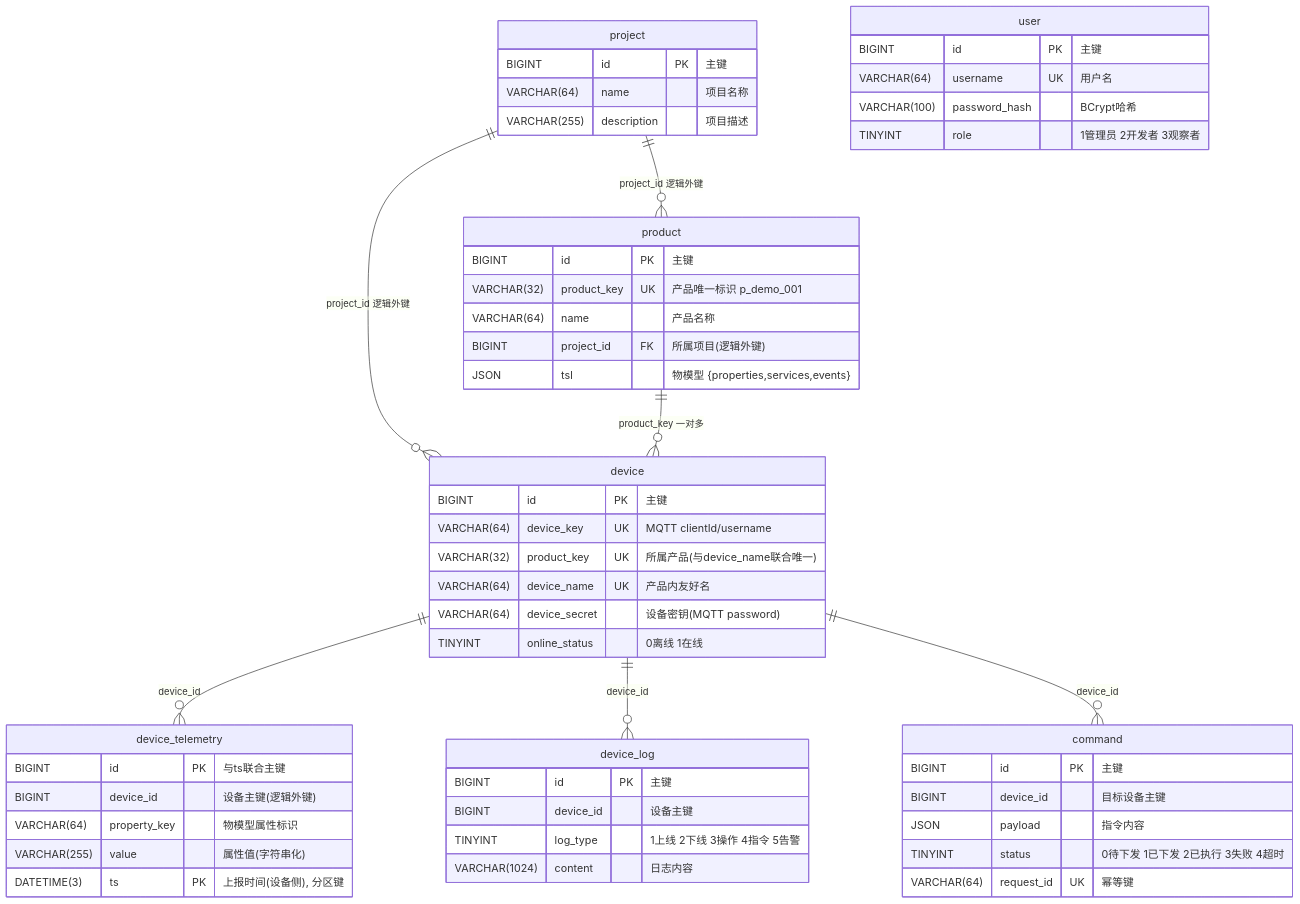
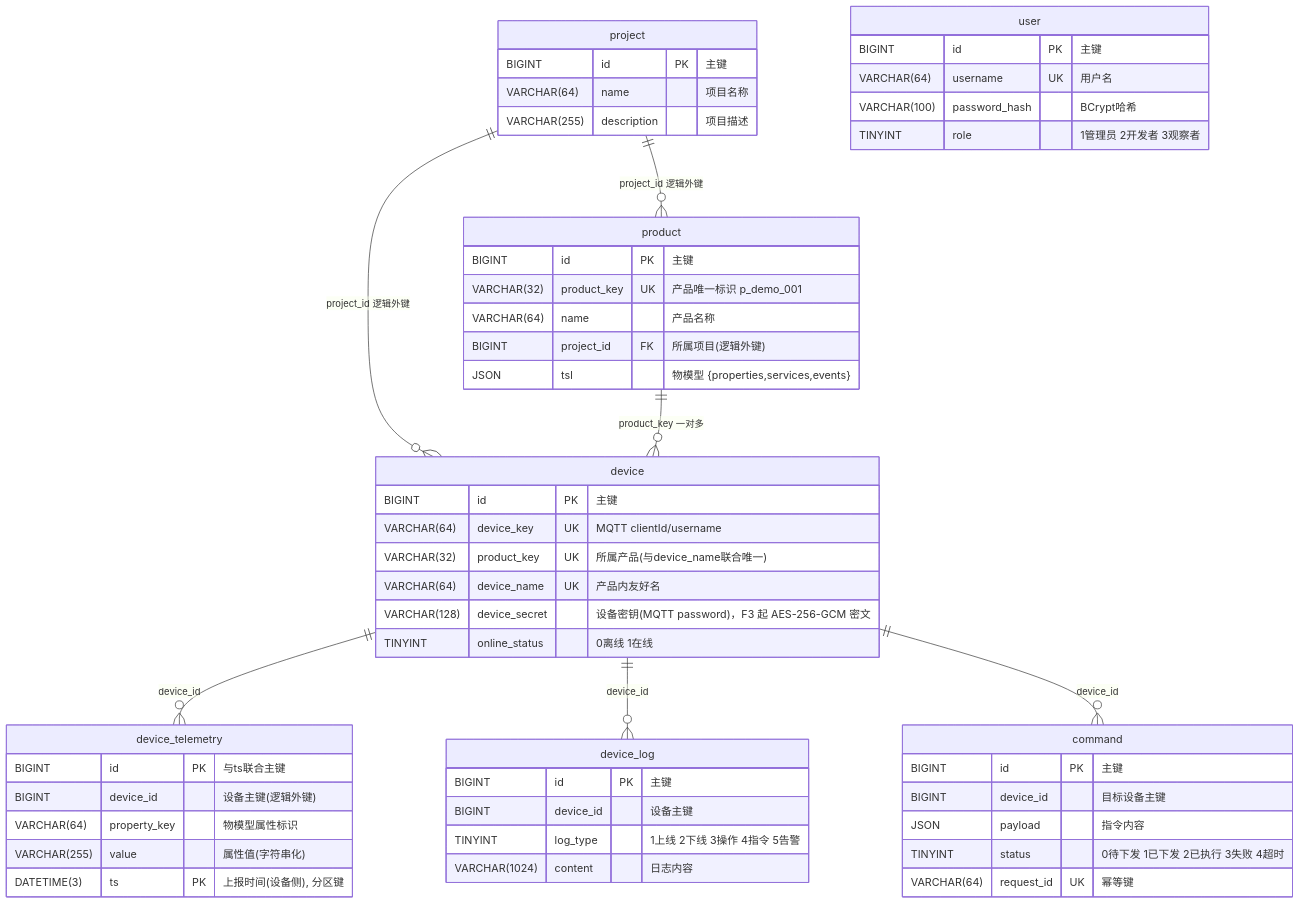
One commit to QinYuanW/- changed the diagram in db/数据库表设计说明.md. Above: the diagram before and after it, drawn with Mermaid. The commit also changed other lines of this file and 4 other files, not shown here.

First line of the commit message:
docs(F3): 密钥加密存储归档 —— schema / 表设计 / 契约 / 任务清单 + BUG-28

````diff
--- a/db/数据库表设计说明.md
+++ b/db/数据库表设计说明.md
@@ -31,56 +31,56 @@
 ```mermaid
 erDiagram
     project ||--o{ product : "project_id 逻辑外键"
     project ||--o{ device : "project_id 逻辑外键"
     product  ||--o{ device : "product_key 一对多"
     device   ||--o{ device_telemetry : "device_id"
     device   ||--o{ device_log : "device_id"
     device   ||--o{ command : "device_id"
 
     product {
         BIGINT id PK "主键"
         VARCHAR(32) product_key UK "产品唯一标识 p_demo_001"
         VARCHAR(64) name "产品名称"
         BIGINT project_id FK "所属项目(逻辑外键)"
         JSON tsl "物模型 {properties,services,events}"
     }
     device {
         BIGINT id PK "主键"
         VARCHAR(64) device_key UK "MQTT clientId/username"
         VARCHAR(32) product_key UK "所属产品(与device_name联合唯一)"
         VARCHAR(64) device_name UK "产品内友好名"
-        VARCHAR(64) device_secret "设备密钥(MQTT password)"
+        VARCHAR(128) device_secret "设备密钥(MQTT password)，F3 起 AES-256-GCM 密文"
         TINYINT online_status "0离线 1在线"
     }
     device_telemetry {
         BIGINT id PK "与ts联合主键"
         BIGINT device_id "设备主键(逻辑外键)"
         VARCHAR(64) property_key "物模型属性标识"
         VARCHAR(255) value "属性值(字符串化)"
         DATETIME(3) ts PK "上报时间(设备侧), 分区键"
     }
     device_log {
         BIGINT id PK "主键"
         BIGINT device_id "设备主键"
         TINYINT log_type "1上线 2下线 3操作 4指令 5告警"
         VARCHAR(1024) content "日志内容"
     }
     command {
         BIGINT id PK "主键"
         BIGINT device_id "目标设备主键"
         JSON payload "指令内容"
         TINYINT status "0待下发 1已下发 2已执行 3失败 4超时"
         VARCHAR(64) request_id UK "幂等键"
     }
     project {
         BIGINT id PK "主键"
         VARCHAR(64) name "项目名称"
         VARCHAR(255) description "项目描述"
     }
     user {
         BIGINT id PK "主键"
         VARCHAR(64) username UK "用户名"
         VARCHAR(100) password_hash "BCrypt哈希"
         TINYINT role "1管理员 2开发者 3观察者"
     }
 ```
````
